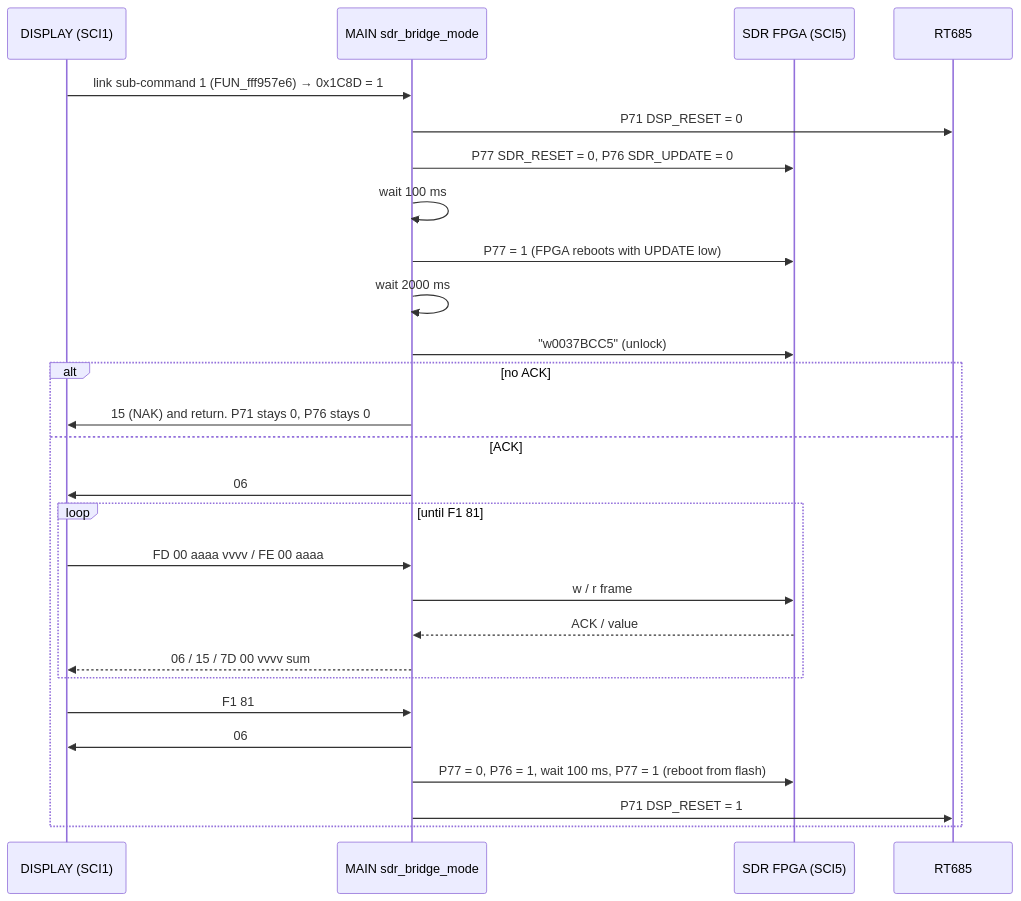
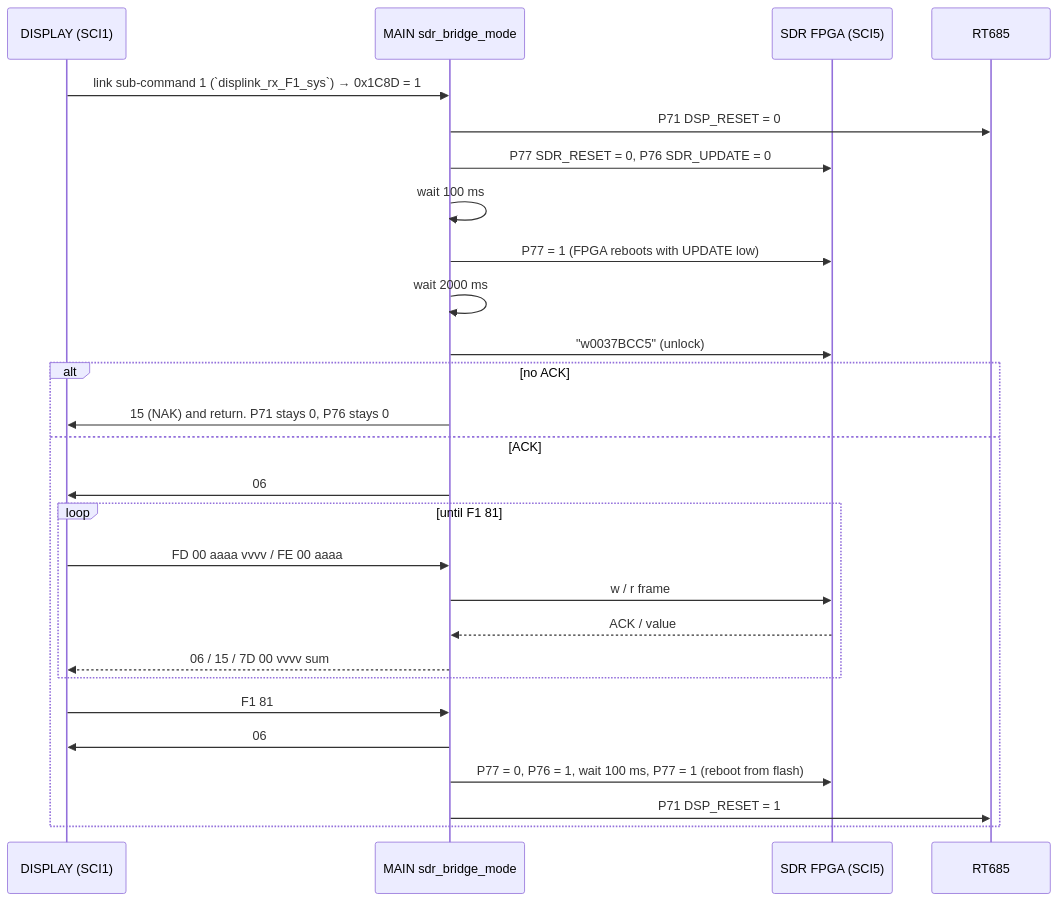
Before and after one commit to Reid-n0rc/FT-710_Firmware: the fifth of 5 diagrams in docs/code/main/sdr-link.md, drawn with Mermaid. The commit also changed other lines of this file and 29 other files, not shown here.

````diff
--- a/docs/code/main/sdr-link.md
+++ b/docs/code/main/sdr-link.md
@@ -287,29 +286,29 @@
 ```mermaid
 sequenceDiagram
   participant D as DISPLAY (SCI1)
   participant M as MAIN sdr_bridge_mode
   participant F as SDR FPGA (SCI5)
   participant R as RT685
-  D->>M: link sub-command 1 (FUN_fff957e6) → 0x1C8D = 1
+  D->>M: link sub-command 1 (`displink_rx_F1_sys`) → 0x1C8D = 1
   M->>R: P71 DSP_RESET = 0
   M->>F: P77 SDR_RESET = 0, P76 SDR_UPDATE = 0
   M->>M: wait 100 ms
   M->>F: P77 = 1 (FPGA reboots with UPDATE low)
   M->>M: wait 2000 ms
   M->>F: "w0037BCC5" (unlock)
   alt no ACK
     M->>D: 15 (NAK) and return. P71 stays 0, P76 stays 0
   else ACK
     M->>D: 06
     loop until F1 81
       D->>M: FD 00 aaaa vvvv  /  FE 00 aaaa
       M->>F: w / r frame
       F-->>M: ACK / value
       M-->>D: 06 / 15 / 7D 00 vvvv sum
     end
     D->>M: F1 81
     M->>D: 06
     M->>F: P77 = 0, P76 = 1, wait 100 ms, P77 = 1 (reboot from flash)
     M->>R: P71 DSP_RESET = 1
   end
 ```
````
